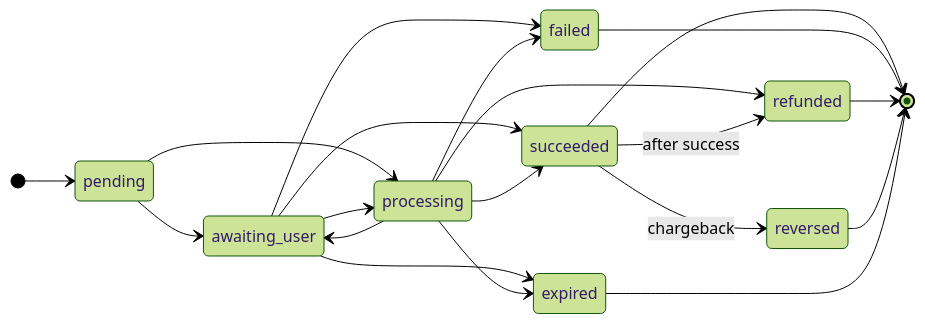
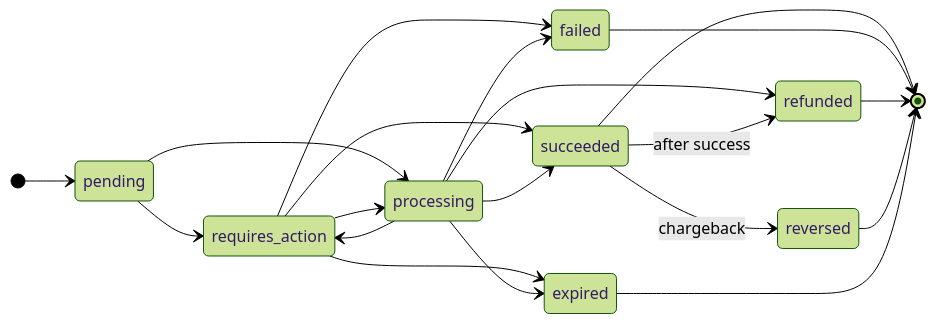
The second of 2 diagrams in docs/concepts/flow.md (yosriady/openrampkit), drawn with Mermaid (forest theme) before and after one commit. The commit also changed other lines of this file and 119 other files, not shown here.

````diff
--- a/docs/concepts/flow.md
+++ b/docs/concepts/flow.md
@@ -150,23 +149,23 @@
 ```mermaid
 stateDiagram-v2
   direction LR
   [*] --> pending
-  pending --> awaiting_user
+  pending --> requires_action
   pending --> processing
-  awaiting_user --> processing
-  processing --> awaiting_user
-  awaiting_user --> succeeded
+  requires_action --> processing
+  processing --> requires_action
+  requires_action --> succeeded
   processing --> succeeded
-  awaiting_user --> failed
+  requires_action --> failed
   processing --> failed
   processing --> refunded
-  awaiting_user --> expired
+  requires_action --> expired
   processing --> expired
   succeeded --> refunded: after success
   succeeded --> reversed: chargeback
   succeeded --> [*]
   failed --> [*]
   refunded --> [*]
   reversed --> [*]
   expired --> [*]
 ```
````
